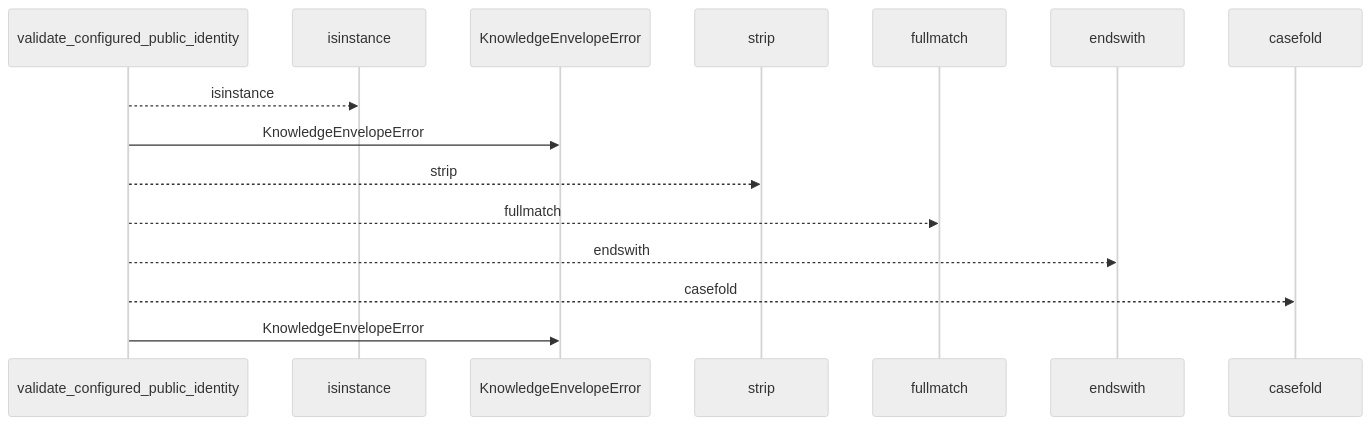
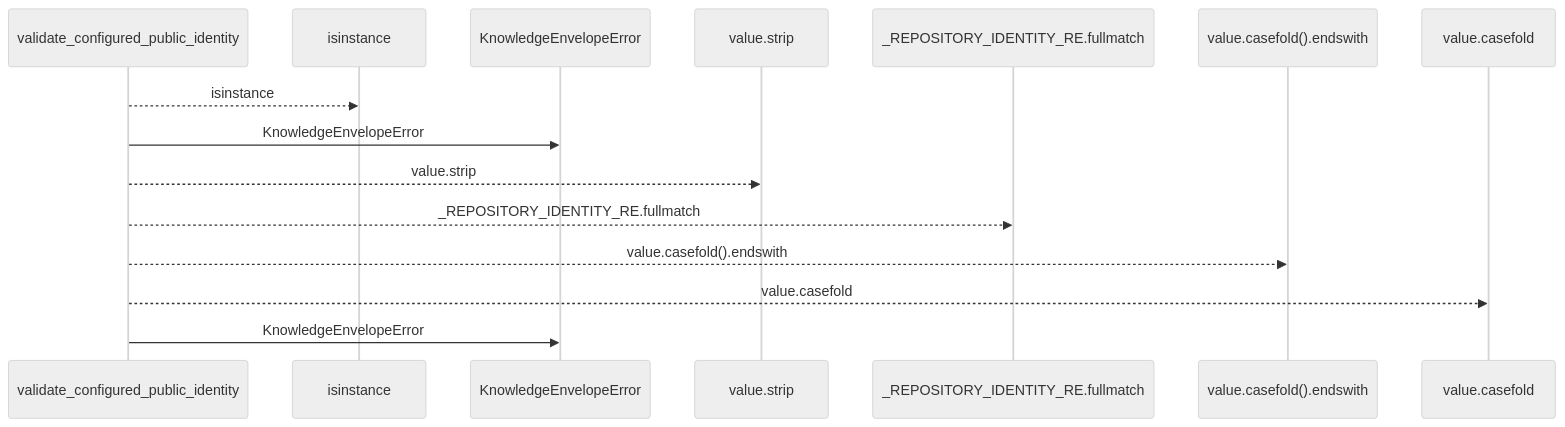
The first of 2 diagrams in docs/llm_wiki/flows/api-validate_configured_public_identity.md (Denissvgn/python-wiki-llm), drawn with Mermaid (neutral theme) before and after one commit. The commit also changed other lines of this file and 719 other files, not shown here.

````diff
--- a/docs/llm_wiki/flows/api-validate_configured_public_identity.md
+++ b/docs/llm_wiki/flows/api-validate_configured_public_identity.md
@@ -10,17 +10,17 @@
 ```mermaid
 sequenceDiagram
     participant p0 as validate_configured_public_identity
     participant p1 as isinstance
     participant p2 as KnowledgeEnvelopeError
-    participant p3 as strip
-    participant p4 as fullmatch
-    participant p5 as endswith
-    participant p6 as casefold
+    participant p3 as value.strip
+    participant p4 as _REPOSITORY_IDENTITY_RE.fullmatch
+    participant p5 as value.casefold().endswith
+    participant p6 as value.casefold
     p0-->>p1: isinstance
     p0->>p2: KnowledgeEnvelopeError
-    p0-->>p3: strip
-    p0-->>p4: fullmatch
-    p0-->>p5: endswith
-    p0-->>p6: casefold
+    p0-->>p3: value.strip
+    p0-->>p4: _REPOSITORY_IDENTITY_RE.fullmatch
+    p0-->>p5: value.casefold().endswith
+    p0-->>p6: value.casefold
     p0->>p2: KnowledgeEnvelopeError
 ```
````
